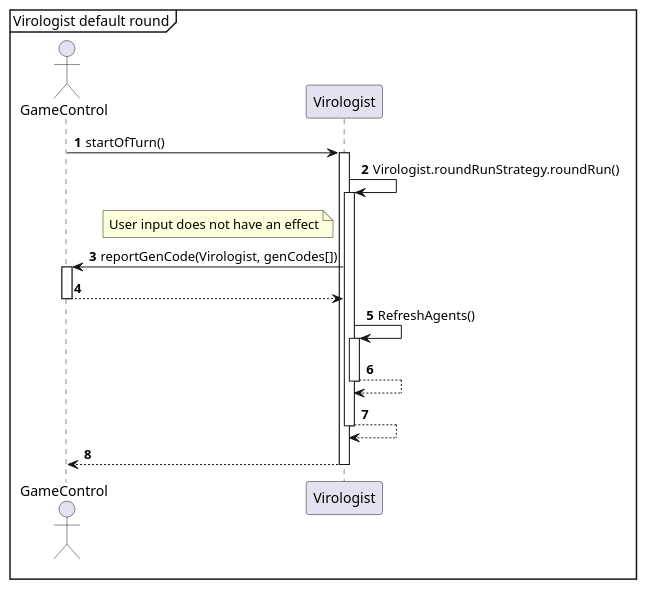
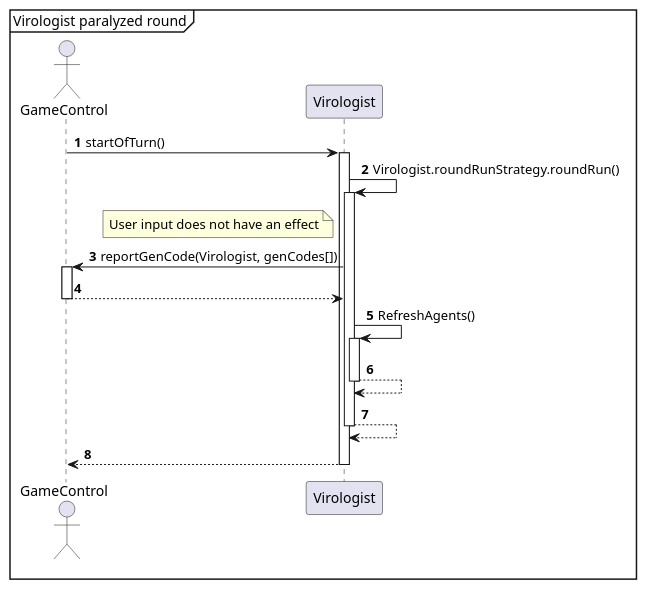
One commit to Projlab-csb/projlab-virologus changed the diagram in sequence-diagram/RoundFlow/RoundFlowParalyzed.puml. Above: the diagram before and after it, drawn with PlantUML. The commit also changed 2 other files, not shown here.

```diff
--- a/sequence-diagram/RoundFlow/RoundFlowParalyzed.puml
+++ b/sequence-diagram/RoundFlow/RoundFlowParalyzed.puml
@@ -1,28 +1,28 @@
 @startuml
 'https://plantuml.com/sequence-diagram
 
 autonumber
 
-mainframe Virologist default round
+mainframe Virologist paralyzed round
 
 actor GameControl
 GameControl -> Virologist++: startOfTurn()
 Virologist -> Virologist++: Virologist.roundRunStrategy.roundRun()
 
 note left of Virologist
 User input does not have an effect
 end note
 Virologist->GameControl:reportGenCode(Virologist, genCodes[])
 Activate GameControl
 
 
 GameControl-->Virologist
 deactivate GameControl
 
 Virologist->Virologist++: RefreshAgents()
 Virologist-->Virologist--
 Virologist-->Virologist--
 Virologist-->GameControl--
 
 
 @enduml
```
